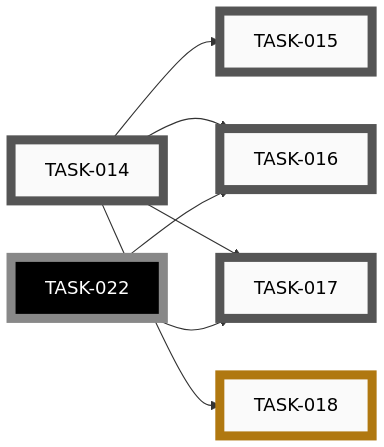
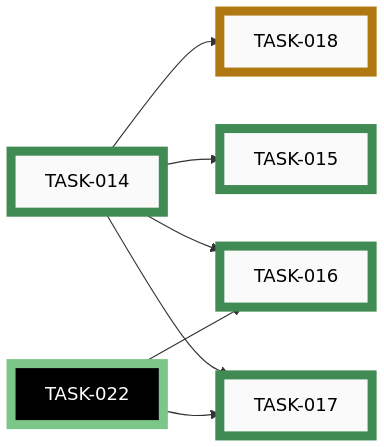
Before and after one commit to tgd1975/PartsLedger: the second of 9 diagrams in docs/developers/tasks/EPICS.md, drawn with Mermaid. The commit also changed other lines of this file and 25 other files, not shown here.

````diff
--- a/docs/developers/tasks/EPICS.md
+++ b/docs/developers/tasks/EPICS.md
@@ -105,29 +105,29 @@
 ```mermaid
 graph LR
-    TASK_014["TASK-014"]:::open
-    TASK_015["TASK-015"]:::open
-    TASK_016["TASK-016"]:::open
-    TASK_017["TASK-017"]:::open
     TASK_018["TASK-018"]:::paused
-    TASK_022["TASK-022"]:::openExt
+    TASK_014["TASK-014"]:::closed
+    TASK_015["TASK-015"]:::closed
+    TASK_016["TASK-016"]:::closed
+    TASK_017["TASK-017"]:::closed
+    TASK_022["TASK-022"]:::closedExt
+    TASK_014 --> TASK_018
     TASK_014 --> TASK_015
     TASK_014 --> TASK_016
     TASK_022 --> TASK_016
     TASK_014 --> TASK_017
     TASK_022 --> TASK_017
-    TASK_014 --> TASK_018
-    click TASK_014 "open/task-014-source-column-and-section-flex.md"
-    click TASK_015 "open/task-015-parts-page-template-adaptivity.md"
-    click TASK_016 "open/task-016-inventory-writer-module.md"
-    click TASK_017 "open/task-017-inventory-lint-module.md"
     click TASK_018 "open/task-018-inventory-split-support.md"
-    click TASK_022 "open/task-022-adopt-src-layout.md"
+    click TASK_014 "closed/task-014-source-column-and-section-flex.md"
+    click TASK_015 "closed/task-015-parts-page-template-adaptivity.md"
+    click TASK_016 "closed/task-016-inventory-writer-module.md"
+    click TASK_017 "closed/task-017-inventory-lint-module.md"
+    click TASK_022 "closed/task-022-adopt-src-layout.md"
     classDef open    fill:#FAFAFA,stroke:#555,stroke-width:8px,color:#000
     classDef active  fill:#FAFAFA,stroke:#1A6FA8,stroke-width:8px,color:#000
     classDef closed  fill:#FAFAFA,stroke:#3F8B53,stroke-width:8px,color:#000
     classDef paused  fill:#FAFAFA,stroke:#B07810,stroke-width:8px,color:#000
     classDef openExt    fill:#000,stroke:#888,stroke-width:8px,color:#FFF
     classDef activeExt  fill:#000,stroke:#3FA9F5,stroke-width:8px,color:#FFF
     classDef closedExt  fill:#000,stroke:#7CC68A,stroke-width:8px,color:#FFF
     classDef pausedExt  fill:#000,stroke:#F0B030,stroke-width:8px,color:#FFF
 ```
````
